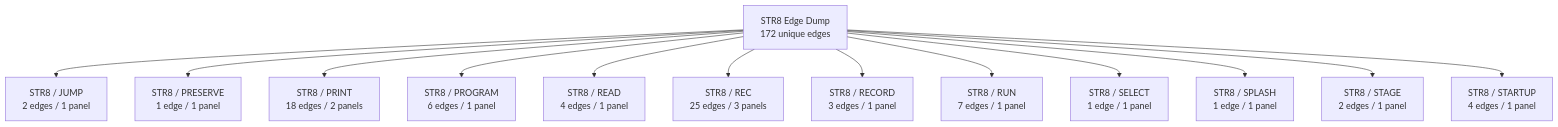
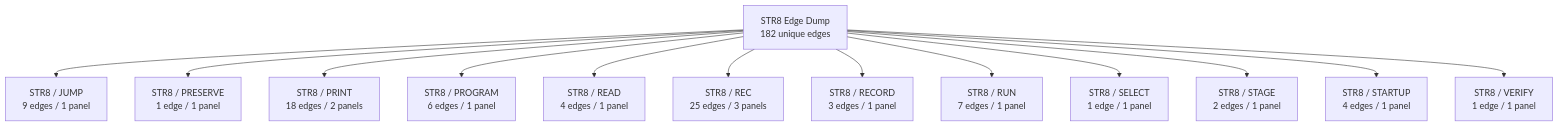
The second of 45 diagrams in DOC/GUIDES/STR8/STR8_EDGE_DUMP.md (95westus/R-YORS), drawn with Mermaid before and after one commit. The commit also changed other lines of this file and 38 other files, not shown here.

````diff
--- a/DOC/GUIDES/STR8/STR8_EDGE_DUMP.md
+++ b/DOC/GUIDES/STR8/STR8_EDGE_DUMP.md
@@ -44,15 +44,15 @@
 ```mermaid
 flowchart TD
-    EDGE_ATLAS_ROOT_1["STR8 Edge Dump<br/>172 unique edges"] --> EDGE_FAMILY_1_0["STR8 / JUMP<br/>2 edges / 1 panel"]
-    EDGE_ATLAS_ROOT_1["STR8 Edge Dump<br/>172 unique edges"] --> EDGE_FAMILY_1_1["STR8 / PRESERVE<br/>1 edge / 1 panel"]
-    EDGE_ATLAS_ROOT_1["STR8 Edge Dump<br/>172 unique edges"] --> EDGE_FAMILY_1_2["STR8 / PRINT<br/>18 edges / 2 panels"]
-    EDGE_ATLAS_ROOT_1["STR8 Edge Dump<br/>172 unique edges"] --> EDGE_FAMILY_1_3["STR8 / PROGRAM<br/>6 edges / 1 panel"]
-    EDGE_ATLAS_ROOT_1["STR8 Edge Dump<br/>172 unique edges"] --> EDGE_FAMILY_1_4["STR8 / READ<br/>4 edges / 1 panel"]
-    EDGE_ATLAS_ROOT_1["STR8 Edge Dump<br/>172 unique edges"] --> EDGE_FAMILY_1_5["STR8 / REC<br/>25 edges / 3 panels"]
-    EDGE_ATLAS_ROOT_1["STR8 Edge Dump<br/>172 unique edges"] --> EDGE_FAMILY_1_6["STR8 / RECORD<br/>3 edges / 1 panel"]
-    EDGE_ATLAS_ROOT_1["STR8 Edge Dump<br/>172 unique edges"] --> EDGE_FAMILY_1_7["STR8 / RUN<br/>7 edges / 1 panel"]
-    EDGE_ATLAS_ROOT_1["STR8 Edge Dump<br/>172 unique edges"] --> EDGE_FAMILY_1_8["STR8 / SELECT<br/>1 edge / 1 panel"]
-    EDGE_ATLAS_ROOT_1["STR8 Edge Dump<br/>172 unique edges"] --> EDGE_FAMILY_1_9["STR8 / SPLASH<br/>1 edge / 1 panel"]
-    EDGE_ATLAS_ROOT_1["STR8 Edge Dump<br/>172 unique edges"] --> EDGE_FAMILY_1_10["STR8 / STAGE<br/>2 edges / 1 panel"]
-    EDGE_ATLAS_ROOT_1["STR8 Edge Dump<br/>172 unique edges"] --> EDGE_FAMILY_1_11["STR8 / STARTUP<br/>4 edges / 1 panel"]
+    EDGE_ATLAS_ROOT_1["STR8 Edge Dump<br/>182 unique edges"] --> EDGE_FAMILY_1_0["STR8 / JUMP<br/>9 edges / 1 panel"]
+    EDGE_ATLAS_ROOT_1["STR8 Edge Dump<br/>182 unique edges"] --> EDGE_FAMILY_1_1["STR8 / PRESERVE<br/>1 edge / 1 panel"]
+    EDGE_ATLAS_ROOT_1["STR8 Edge Dump<br/>182 unique edges"] --> EDGE_FAMILY_1_2["STR8 / PRINT<br/>18 edges / 2 panels"]
+    EDGE_ATLAS_ROOT_1["STR8 Edge Dump<br/>182 unique edges"] --> EDGE_FAMILY_1_3["STR8 / PROGRAM<br/>6 edges / 1 panel"]
+    EDGE_ATLAS_ROOT_1["STR8 Edge Dump<br/>182 unique edges"] --> EDGE_FAMILY_1_4["STR8 / READ<br/>4 edges / 1 panel"]
+    EDGE_ATLAS_ROOT_1["STR8 Edge Dump<br/>182 unique edges"] --> EDGE_FAMILY_1_5["STR8 / REC<br/>25 edges / 3 panels"]
+    EDGE_ATLAS_ROOT_1["STR8 Edge Dump<br/>182 unique edges"] --> EDGE_FAMILY_1_6["STR8 / RECORD<br/>3 edges / 1 panel"]
+    EDGE_ATLAS_ROOT_1["STR8 Edge Dump<br/>182 unique edges"] --> EDGE_FAMILY_1_7["STR8 / RUN<br/>7 edges / 1 panel"]
+    EDGE_ATLAS_ROOT_1["STR8 Edge Dump<br/>182 unique edges"] --> EDGE_FAMILY_1_8["STR8 / SELECT<br/>1 edge / 1 panel"]
+    EDGE_ATLAS_ROOT_1["STR8 Edge Dump<br/>182 unique edges"] --> EDGE_FAMILY_1_9["STR8 / STAGE<br/>2 edges / 1 panel"]
+    EDGE_ATLAS_ROOT_1["STR8 Edge Dump<br/>182 unique edges"] --> EDGE_FAMILY_1_10["STR8 / STARTUP<br/>4 edges / 1 panel"]
+    EDGE_ATLAS_ROOT_1["STR8 Edge Dump<br/>182 unique edges"] --> EDGE_FAMILY_1_11["STR8 / VERIFY<br/>1 edge / 1 panel"]
 ```
````
